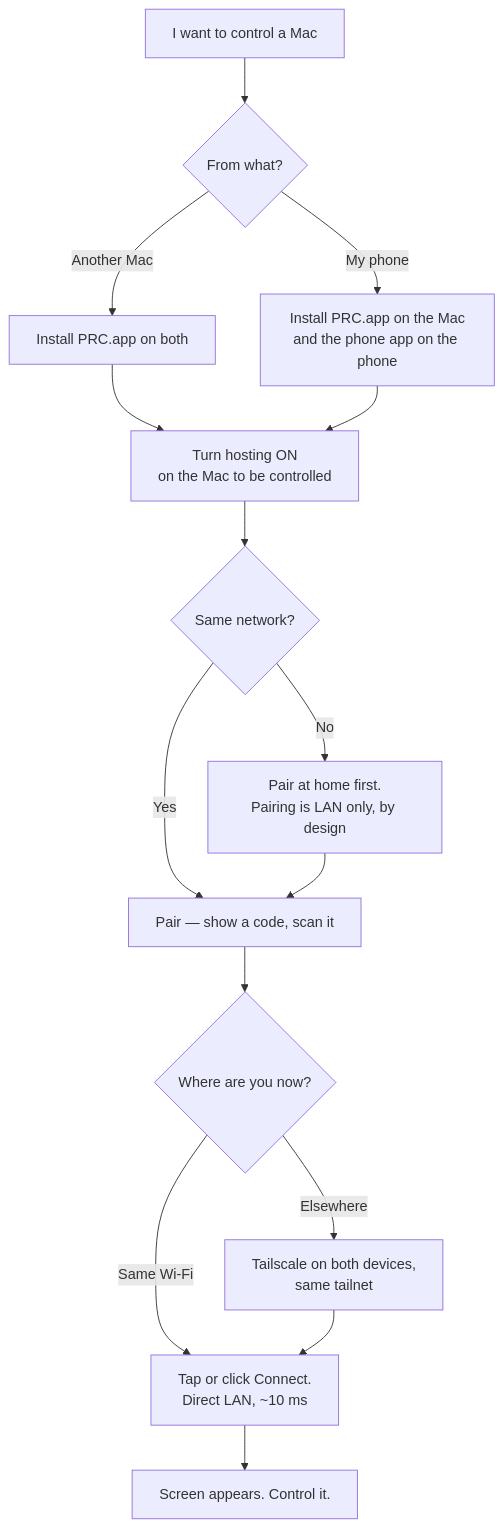
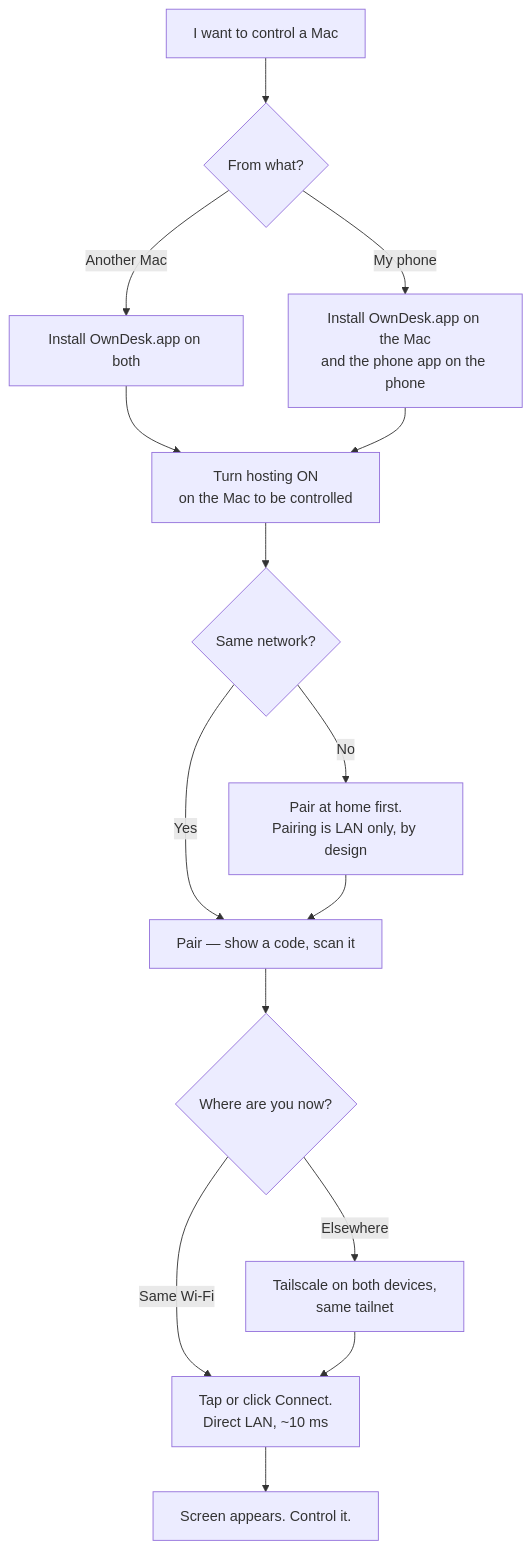
The third of 3 diagrams in README.md (im-fahad/OwnDesk), drawn with Mermaid before and after one commit. The commit also changed other lines of this file and 277 other files, not shown here.

First line of the commit message:
PRC is now OwnDesk

````diff
--- a/README.md
+++ b/README.md
@@ -284,17 +287,17 @@
 ```mermaid
 flowchart TD
     A[I want to control a Mac] --> B{From what?}
-    B -->|Another Mac| C[Install PRC.app on both]
-    B -->|My phone| D[Install PRC.app on the Mac<br/>and the phone app on the phone]
+    B -->|Another Mac| C[Install OwnDesk.app on both]
+    B -->|My phone| D[Install OwnDesk.app on the Mac<br/>and the phone app on the phone]
     C --> E[Turn hosting ON<br/>on the Mac to be controlled]
     D --> E
     E --> F{Same network?}
     F -->|Yes| G[Pair — show a code, scan it]
     F -->|No| H[Pair at home first.<br/>Pairing is LAN only, by design]
     H --> G
     G --> I{Where are you now?}
     I -->|Same Wi-Fi| J[Tap or click Connect.<br/>Direct LAN, ~10 ms]
     I -->|Elsewhere| K[Tailscale on both devices,<br/>same tailnet]
     K --> J
     J --> L[Screen appears. Control it.]
 ```
````
